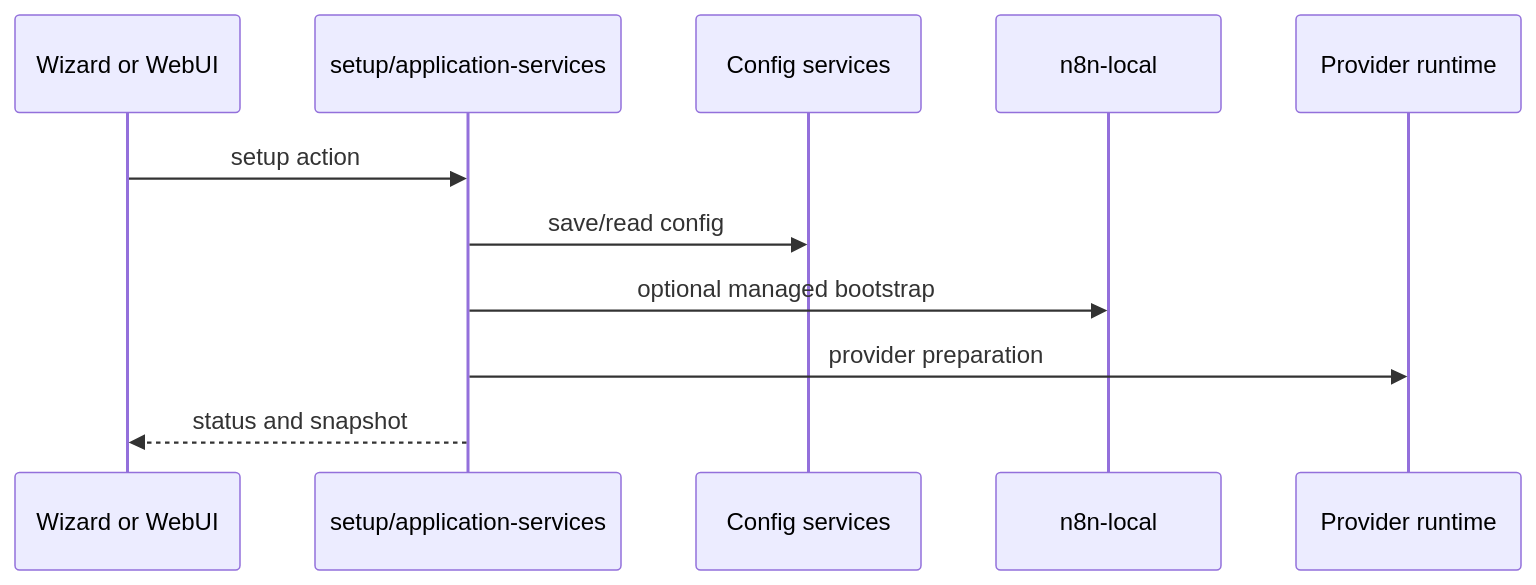
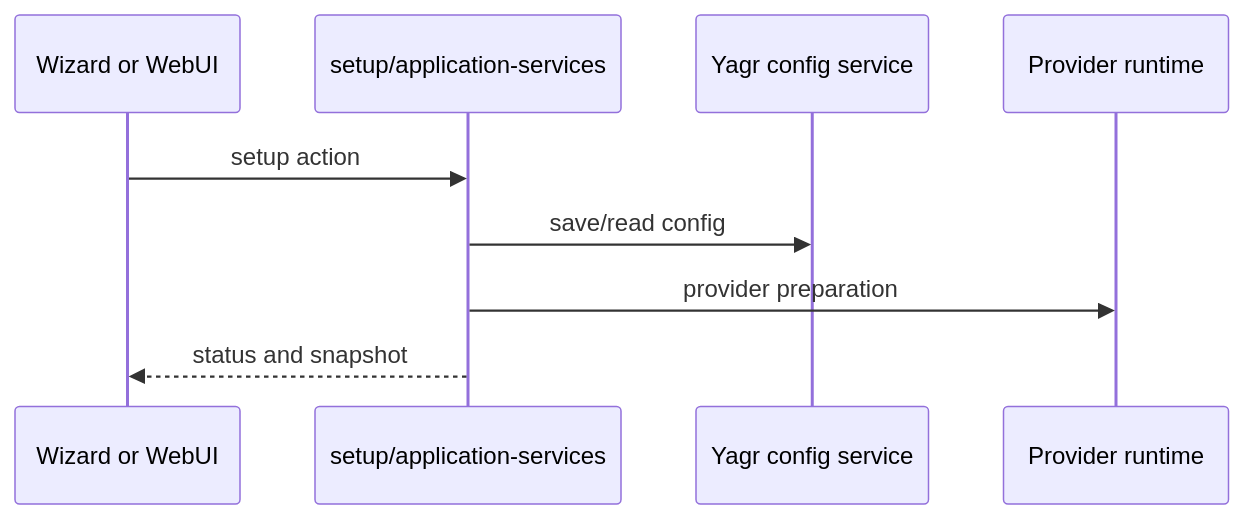
One commit to EtienneLescot/yagr changed the third of 4 diagrams in architecture/current/runtime-flows.md. Above: the diagram before and after it, drawn with Mermaid. The commit also changed other lines of this file and 197 other files, not shown here.

````diff
--- a/architecture/current/runtime-flows.md
+++ b/architecture/current/runtime-flows.md
@@ -65,14 +58,12 @@
 ```mermaid
 sequenceDiagram
     participant UI as Wizard or WebUI
     participant AS as setup/application-services
-    participant CFG as Config services
-    participant NL as n8n-local
+    participant CFG as Yagr config service
     participant PR as Provider runtime
 
     UI->>AS: setup action
     AS->>CFG: save/read config
-    AS->>NL: optional managed bootstrap
     AS->>PR: provider preparation
     AS-->>UI: status and snapshot
 ```
````
